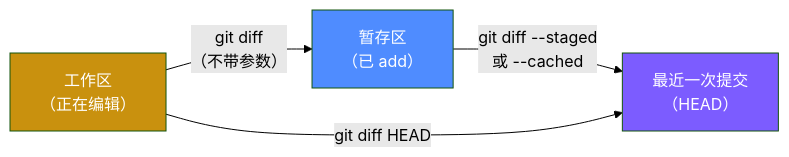
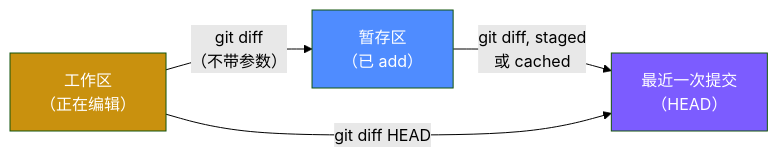
One commit to kelvinlee97/engineering changed the first of 2 diagrams in Git/06-diff/README_ZH.md. Above: the diagram before and after it, drawn with Mermaid (forest theme). The commit also changed 6 other files, not shown here.

First line of the commit message:
fix: repair invalid Mermaid edge syntax in Git tutorial mental-model diagram (#33)

````diff
--- a/Git/06-diff/README_ZH.md
+++ b/Git/06-diff/README_ZH.md
@@ -11,16 +11,16 @@
 ```mermaid
 flowchart LR
     accTitle: git diff 的三种常见对比范围
     accDescr: 不带参数的 git diff 对比工作区与暂存区；git diff --staged 或 --cached 对比暂存区与最近一次提交；git diff HEAD 直接对比工作区与最近一次提交，跳过暂存区这一层。
     WD["工作区<br/>（正在编辑）"]
     SA["暂存区<br/>（已 add）"]
     REPO["最近一次提交<br/>（HEAD）"]
 
     WD -- "git diff<br/>（不带参数）" --> SA
-    SA -- "git diff --staged<br/>或 --cached" --> REPO
+    SA -- "git diff, staged<br/>或 cached" --> REPO
     WD -- "git diff HEAD" --> REPO
 
     style WD fill:#c9910e,color:#fff
     style SA fill:#4f8cff,color:#fff
     style REPO fill:#7c5cff,color:#fff
 ```
````
